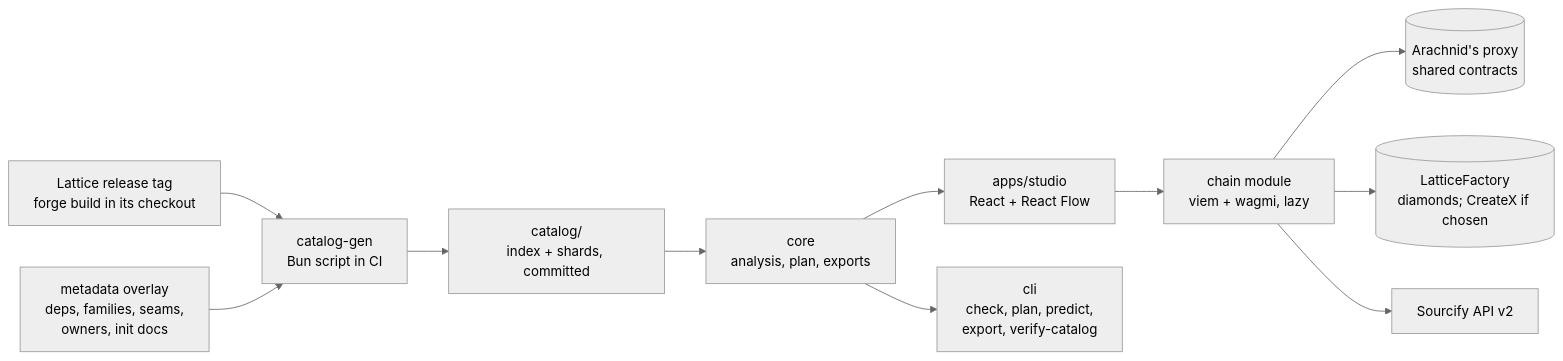
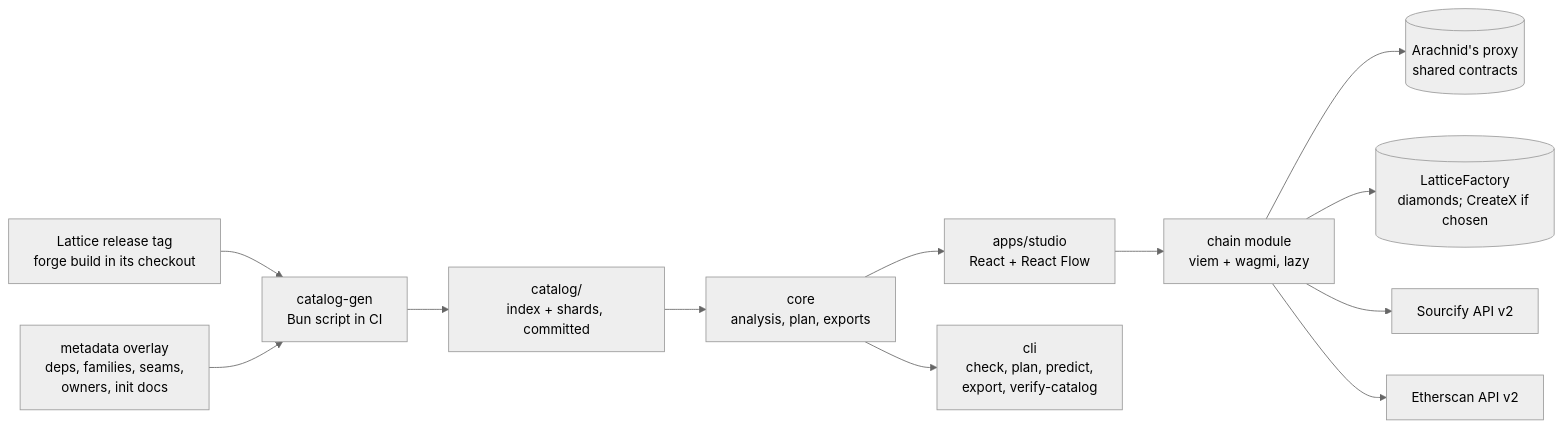
The diagram in README.md (dadadave80/lattice-studio), drawn with Mermaid (neutral theme) before and after one commit. The commit also changed 4 other files, not shown here.

````diff
--- a/README.md
+++ b/README.md
@@ -54,13 +54,14 @@
 ```mermaid
 flowchart LR
   L["Lattice release tag<br/>forge build in its checkout"] --> G["catalog-gen<br/>Bun script in CI"]
   M["metadata overlay<br/>deps, families, seams,<br/>owners, init docs"] --> G
   G --> C["catalog/<br/>index + shards, committed"]
   C --> K["core<br/>analysis, plan, exports"]
   K --> A["apps/studio<br/>React + React Flow"]
   K --> X["cli<br/>check, plan, predict,<br/>export, verify-catalog"]
   A --> W["chain module<br/>viem + wagmi, lazy"]
   W --> D[("Arachnid's proxy<br/>shared contracts")]
   W --> N[("LatticeFactory<br/>diamonds; CreateX if chosen")]
   W --> S["Sourcify API v2"]
+  W --> E["Etherscan API v2"]
 ```
````
